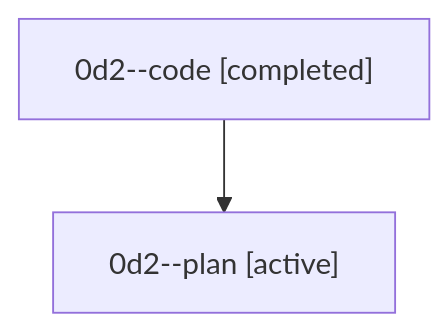
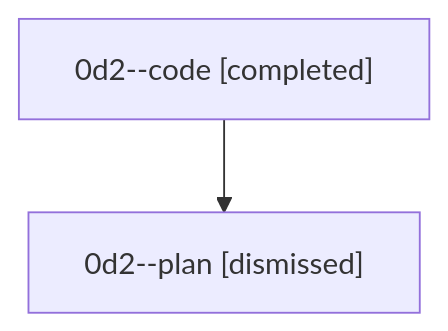
One commit to sase-org/sase--agents changed the diagram in sessions/bbugyi200.athena.0d2.md. Above: the diagram before and after it, drawn with Mermaid. The commit also changed other lines of this file and 38 other files, not shown here.

````diff
--- a/sessions/bbugyi200.athena.0d2.md
+++ b/sessions/bbugyi200.athena.0d2.md
@@ -9,6 +9,6 @@
 ```mermaid
 flowchart TD
   n0["0d2--code [completed]"]
-  n1["0d2--plan [active]"]
+  n1["0d2--plan [dismissed]"]
   n0 --> n1
 ```
````
